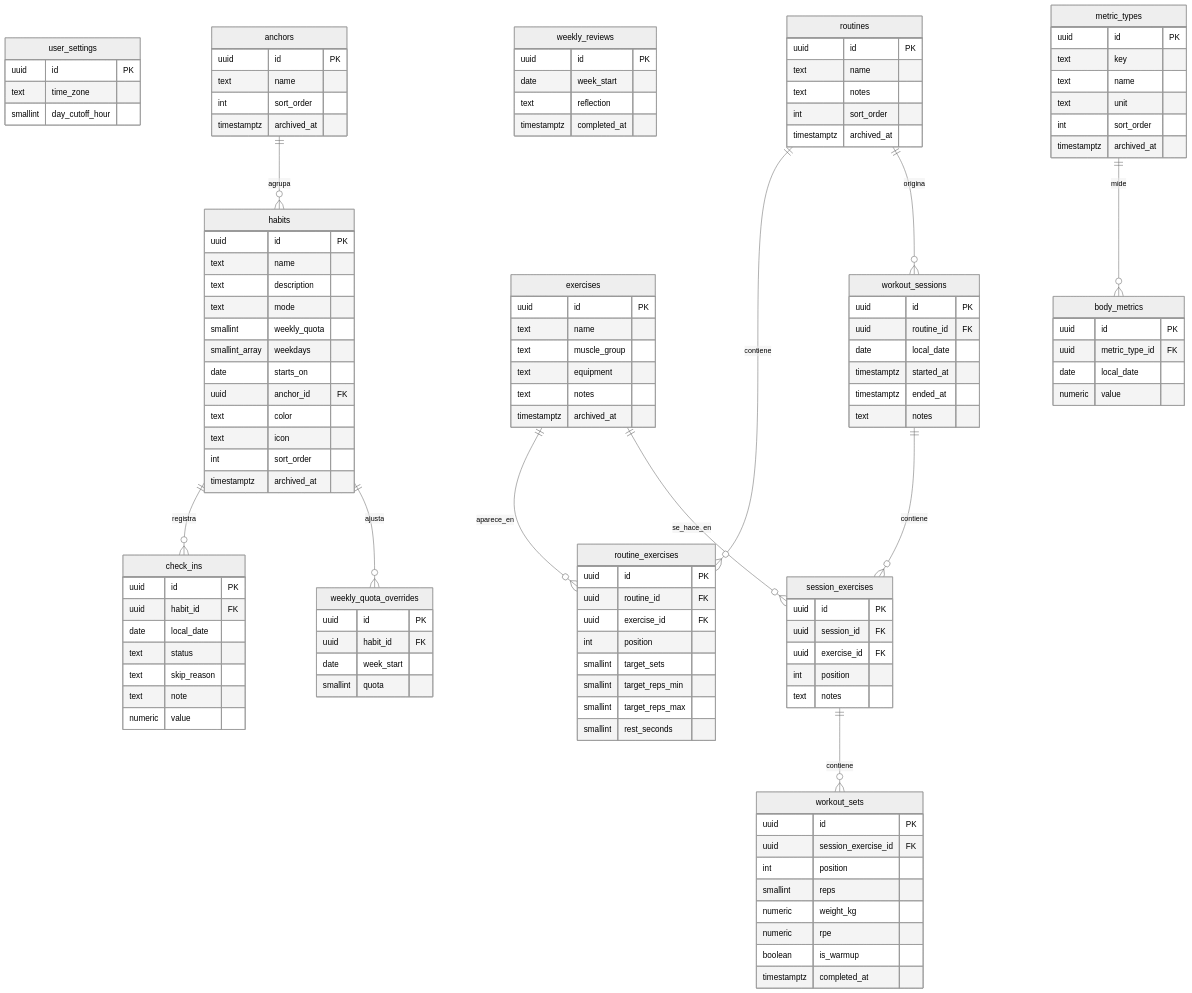
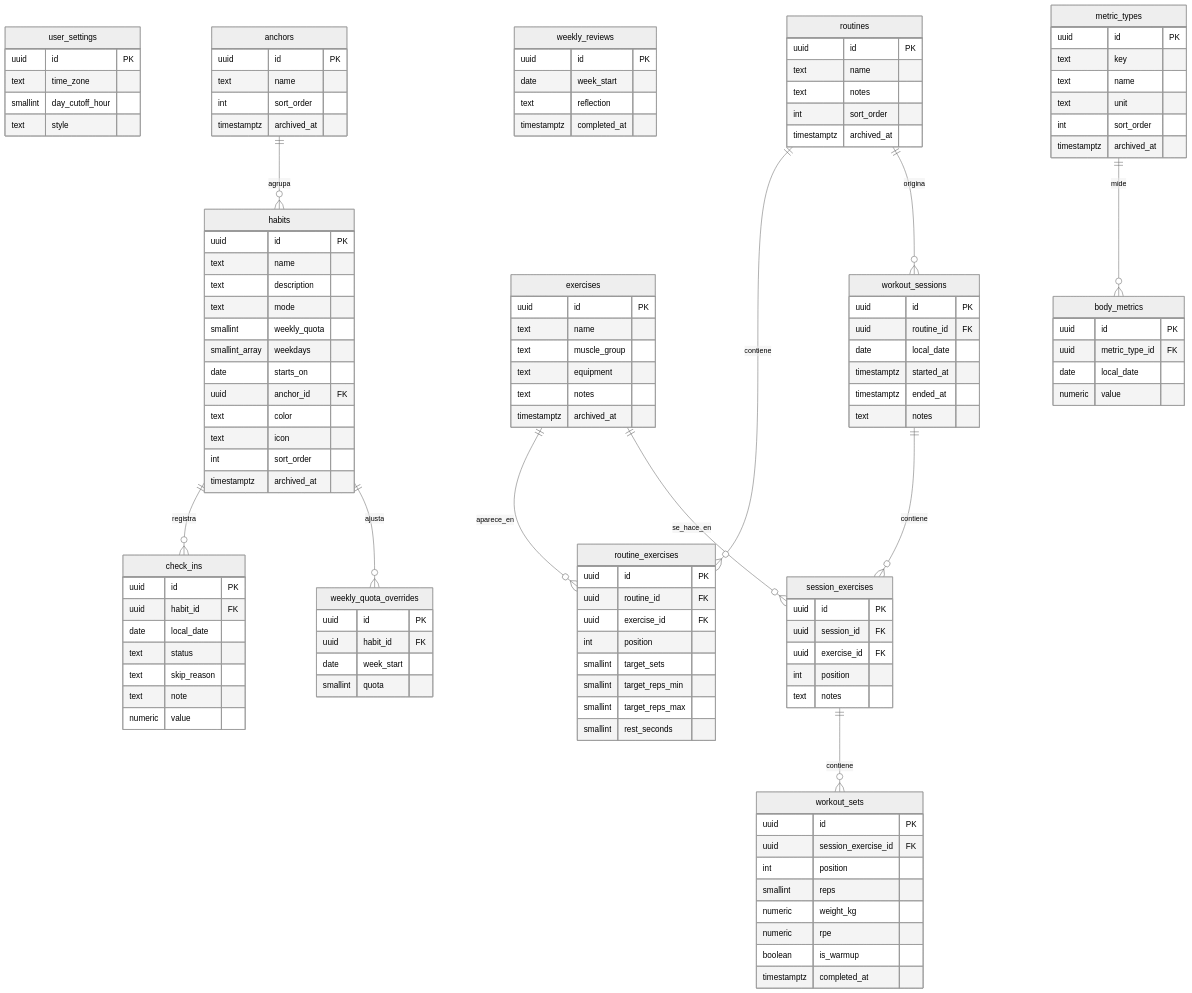
The diagram in App_Habit_Tracker/docs/modelo-de-datos.md (Mochytk/proyectos_personales), drawn with Mermaid (neutral theme) before and after one commit. The commit also changed other lines of this file and 4 other files, not shown here.

```diff
--- a/App_Habit_Tracker/docs/modelo-de-datos.md
+++ b/App_Habit_Tracker/docs/modelo-de-datos.md
@@ -25,6 +25,7 @@
     uuid id PK
     text time_zone
     smallint day_cutoff_hour
+    text style
   }
   anchors ||--o{ habits : agrupa
   anchors {
```
